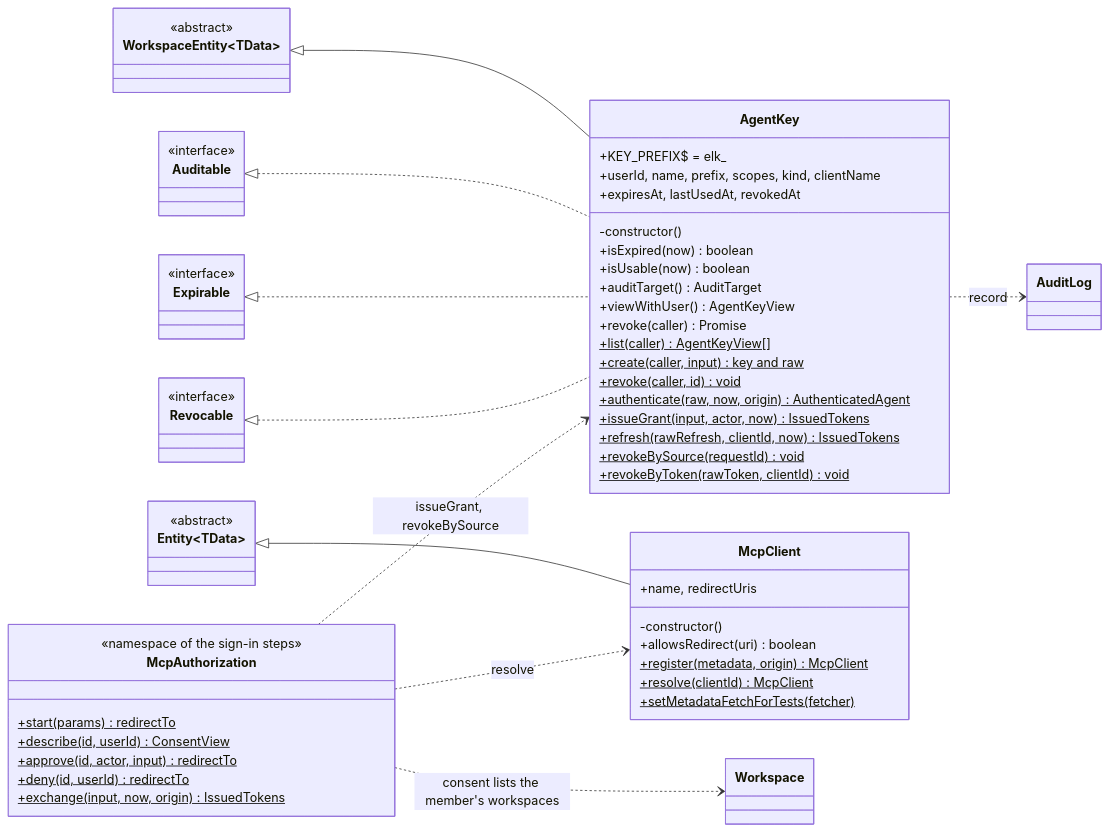
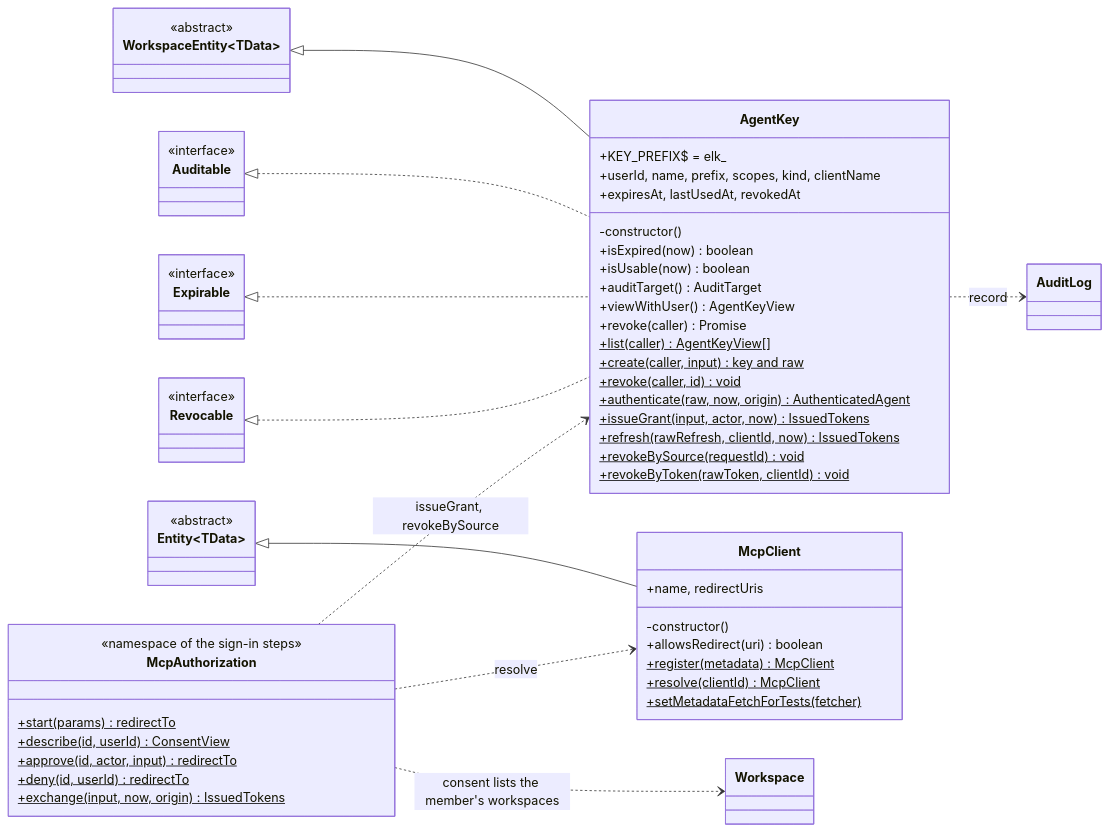
The ninth of 9 diagrams in docs/design/CLASSES.md (shalev396/ToDoList), drawn with Mermaid before and after one commit. The commit also changed other lines of this file and 2 other files, not shown here.

Commit message:
docs: MCP, BACKEND, DATA, CLASSES and DECISIONS no longer contradict write-back, the routes or blocks(caller)

````diff
--- a/docs/design/CLASSES.md
+++ b/docs/design/CLASSES.md
@@ -2295,77 +2295,77 @@
 ```mermaid
 classDiagram
   direction LR
   class WorkspaceEntity~TData~ {
     <<abstract>>
   }
   class Entity~TData~ {
     <<abstract>>
   }
   class Auditable {
     <<interface>>
   }
   class Expirable {
     <<interface>>
   }
   class Revocable {
     <<interface>>
   }
   class AgentKey {
     -constructor()
     +KEY_PREFIX$ = elk_
     +userId, name, prefix, scopes, kind, clientName
     +expiresAt, lastUsedAt, revokedAt
     +isExpired(now) boolean
     +isUsable(now) boolean
     +auditTarget() AuditTarget
     +viewWithUser() AgentKeyView
     +revoke(caller) Promise
     +list(caller)$ AgentKeyView[]
     +create(caller, input)$ key and raw
     +revoke(caller, id)$ void
     +authenticate(raw, now, origin)$ AuthenticatedAgent
     +issueGrant(input, actor, now)$ IssuedTokens
     +refresh(rawRefresh, clientId, now)$ IssuedTokens
     +revokeBySource(requestId)$ void
     +revokeByToken(rawToken, clientId)$ void
   }
   WorkspaceEntity <|-- AgentKey
   Auditable <|.. AgentKey
   Expirable <|.. AgentKey
   Revocable <|.. AgentKey
   class McpClient {
     -constructor()
     +name, redirectUris
     +allowsRedirect(uri) boolean
-    +register(metadata, origin)$ McpClient
+    +register(metadata)$ McpClient
     +resolve(clientId)$ McpClient
     +setMetadataFetchForTests(fetcher)$
   }
   Entity <|-- McpClient
   class McpAuthorization {
     <<namespace of the sign-in steps>>
     +start(params)$ redirectTo
     +describe(id, userId)$ ConsentView
     +approve(id, actor, input)$ redirectTo
     +deny(id, userId)$ redirectTo
     +exchange(input, now, origin)$ IssuedTokens
   }
   McpAuthorization ..> McpClient : resolve
   McpAuthorization ..> AgentKey : issueGrant, revokeBySource
   McpAuthorization ..> Workspace : consent lists the member's workspaces
   AgentKey ..> AuditLog : record
   class Workspace
   class AuditLog
 
   classDef built fill:#d1fae5,stroke:#047857,stroke-width:2px
   class WorkspaceEntity:::built
   class Entity:::built
   class Auditable:::built
   class Expirable:::built
   class Revocable:::built
   class AgentKey:::built
   class McpClient:::built
   class McpAuthorization:::built
   class Workspace:::built
   class AuditLog:::built
 ```
````
